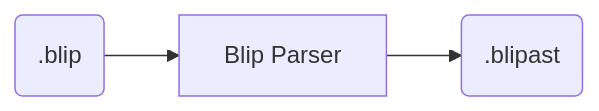
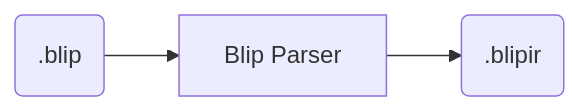
One commit to psysrc/blip changed the first of 3 diagrams in docs/design.md. Above: the diagram before and after it, drawn with Mermaid. The commit also changed other lines of this file, not shown here.

````diff
--- a/docs/design.md
+++ b/docs/design.md
@@ -5,9 +15,9 @@
 ```mermaid
 flowchart LR
     blip(.blip)
-    blipast(.blipast)
+    blipir(.blipir)
     parser[Blip Parser]
 
     blip --> parser
-    parser --> blipast
+    parser --> blipir
 ```
````
